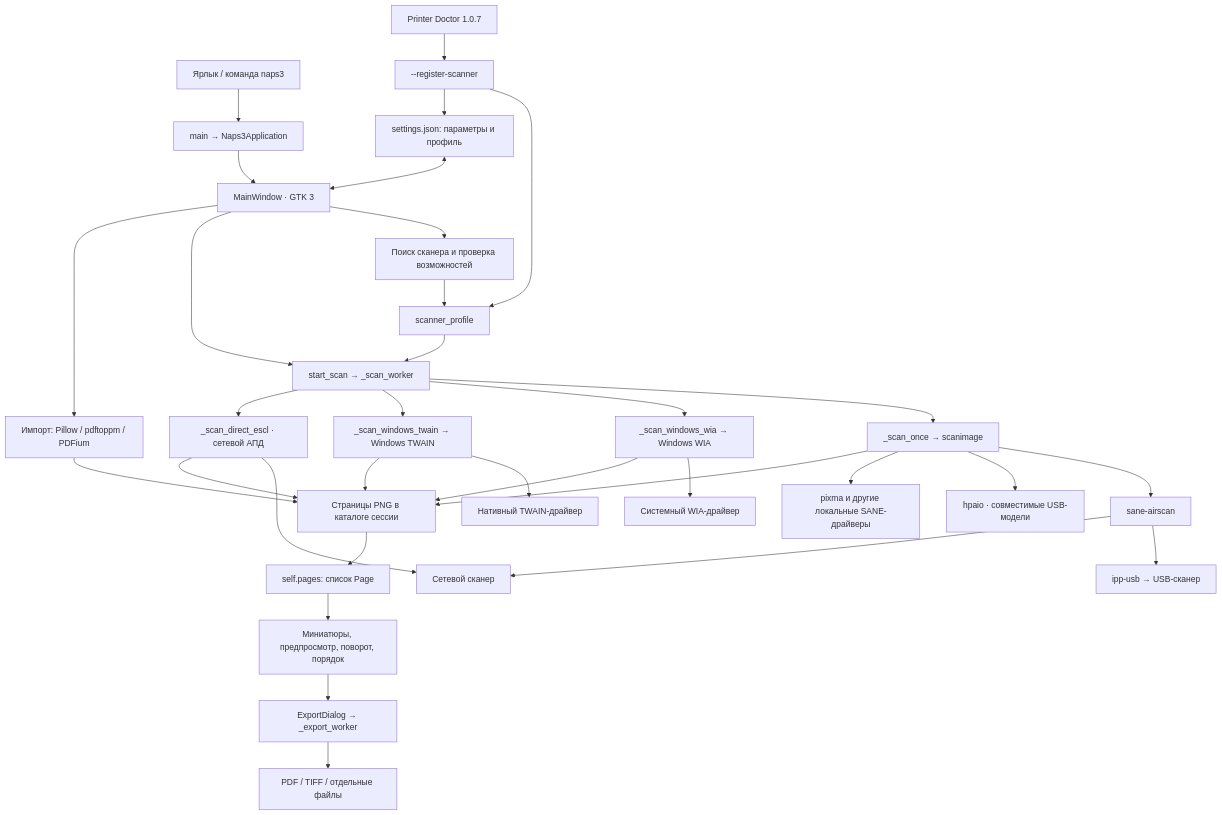
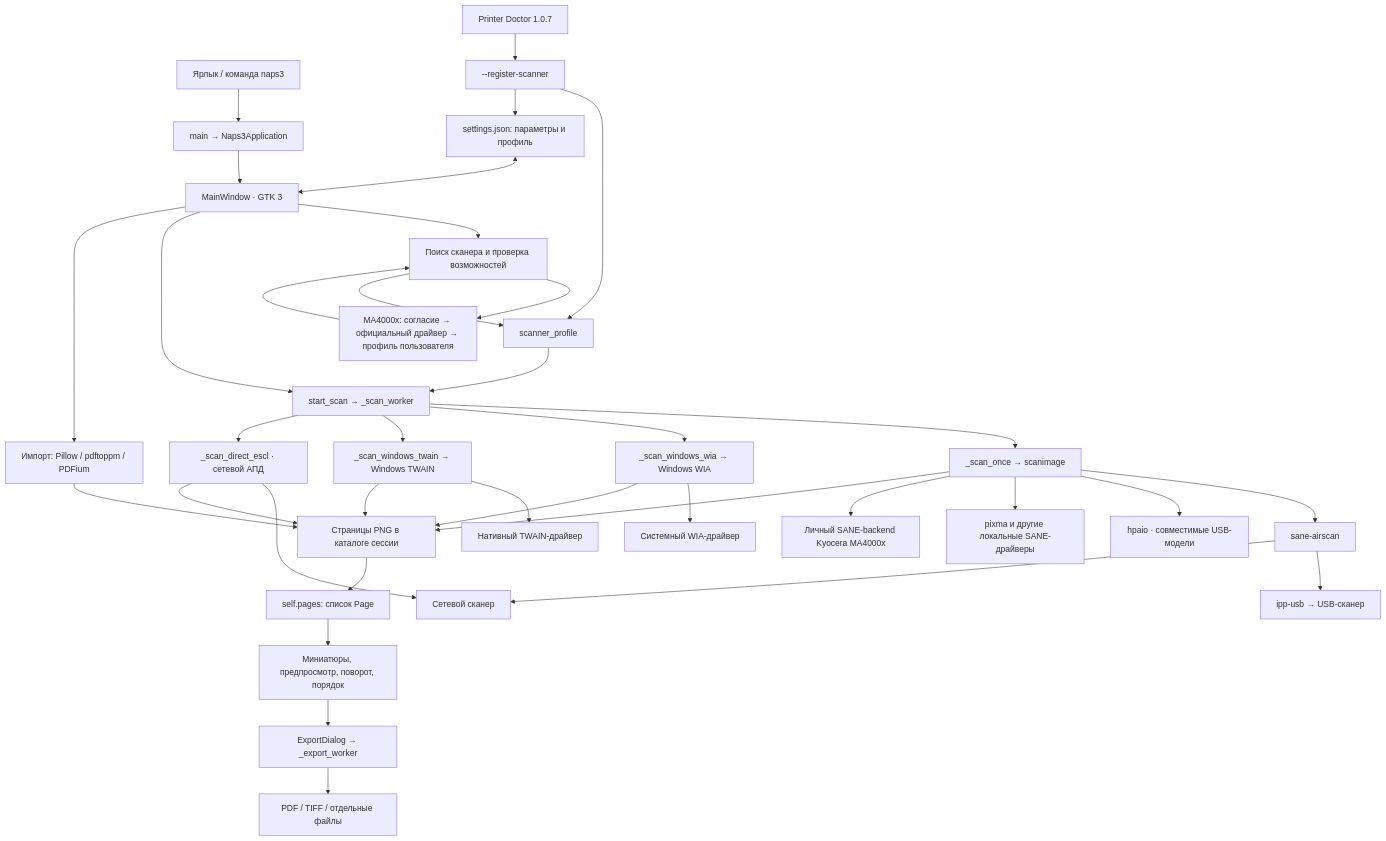
The first of 3 diagrams in PROGRAM_MAP.md (Kostya5232/naps3-redos), drawn with Mermaid before and after one commit. The commit also changed other lines of this file and 16 other files, not shown here.

Commit message:
Add opt-in Kyocera MA4000x SANE setup for RED OS

````diff
--- a/PROGRAM_MAP.md
+++ b/PROGRAM_MAP.md
@@ -13,35 +13,38 @@
 ```mermaid
 flowchart TD
     Launch["Ярлык / команда naps3"] --> Main["main → Naps3Application"]
     Doctor["Printer Doctor 1.0.7"] --> Register["--register-scanner"]
     Register --> Profile
     Register --> Settings
     Main --> UI["MainWindow · GTK 3"]
     Settings["settings.json: параметры и профиль"] <--> UI
     UI --> Discovery["Поиск сканера и проверка возможностей"]
+    Discovery --> KyoceraSetup["MA4000x: согласие → официальный драйвер → профиль пользователя"]
+    KyoceraSetup --> Discovery
     Discovery --> Profile["scanner_profile"]
     UI --> Scan["start_scan → _scan_worker"]
     Profile --> Scan
     Scan --> SANE["_scan_once → scanimage"]
     Scan --> WIA["_scan_windows_wia → Windows WIA"]
     Scan --> Twain["_scan_windows_twain → Windows TWAIN"]
     Scan --> ESCL["_scan_direct_escl · сетевой АПД"]
     SANE --> Airscan["sane-airscan"]
     SANE --> Hpaio["hpaio · совместимые USB-модели"]
     SANE --> Vendor["pixma и другие локальные SANE-драйверы"]
+    SANE --> KyoceraBackend["Личный SANE-backend Kyocera MA4000x"]
     Airscan --> Proxy["ipp-usb → USB-сканер"]
     Airscan --> Network["Сетевой сканер"]
     ESCL --> Network
     WIA --> WinDriver["Системный WIA-драйвер"]
     Twain --> TwainDriver["Нативный TWAIN-драйвер"]
     SANE --> PNG["Страницы PNG в каталоге сессии"]
     WIA --> PNG
     Twain --> PNG
     ESCL --> PNG
     UI --> Import["Импорт: Pillow / pdftoppm / PDFium"]
     Import --> PNG
     PNG --> Pages["self.pages: список Page"]
     Pages --> Edit["Миниатюры, предпросмотр, поворот, порядок"]
     Edit --> Export["ExportDialog → _export_worker"]
     Export --> Files["PDF / TIFF / отдельные файлы"]
 ```
````
